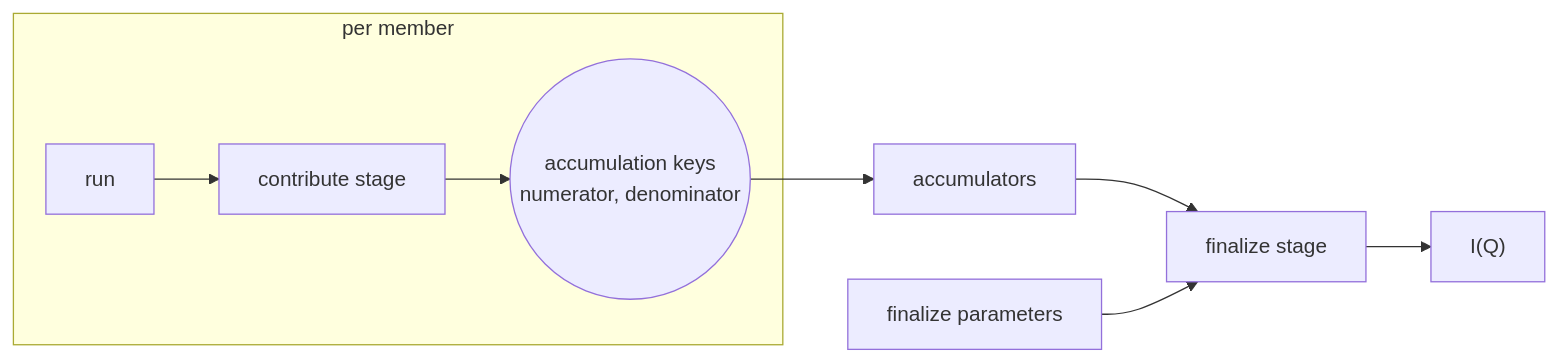
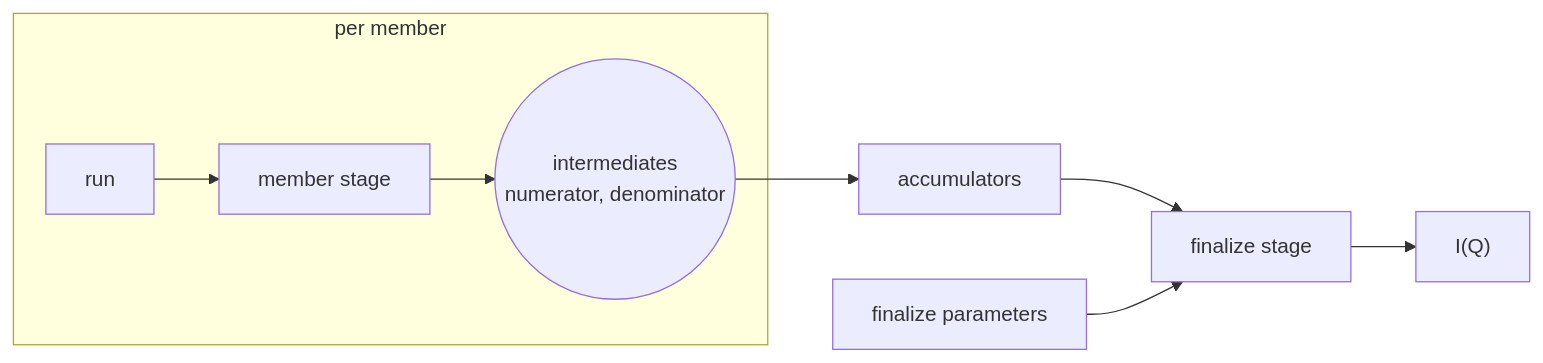
One commit to scipp/essapps changed the diagram in docs/developer/aggregation.md. Above: the diagram before and after it, drawn with Mermaid. The commit also changed other lines of this file and 48 other files, not shown here.

````diff
--- a/docs/developer/aggregation.md
+++ b/docs/developer/aggregation.md
@@ -17,8 +17,8 @@
 ```mermaid
 flowchart LR
     subgraph member["per member"]
-        run[run] --> contribute[contribute stage] --> keys(("accumulation keys<br/>numerator, denominator"))
+        run[run] --> contribute[member stage] --> keys(("intermediates<br/>numerator, denominator"))
     end
     keys --> add[accumulators] --> finalize[finalize stage] --> result["I(Q)"]
     params[finalize parameters] --> finalize
 ```
````
